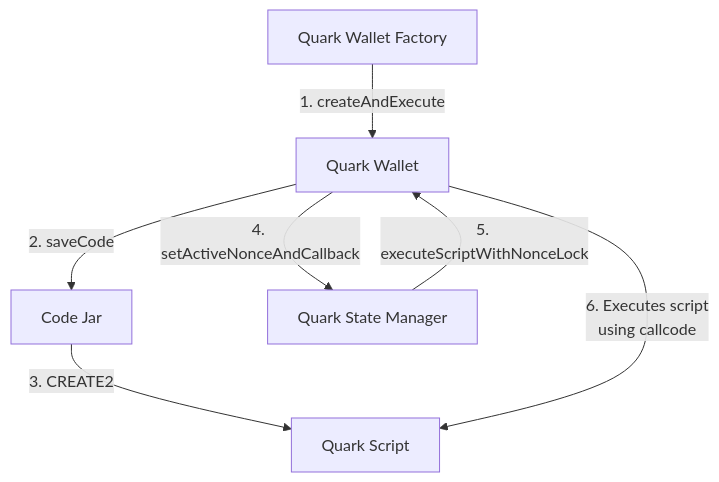
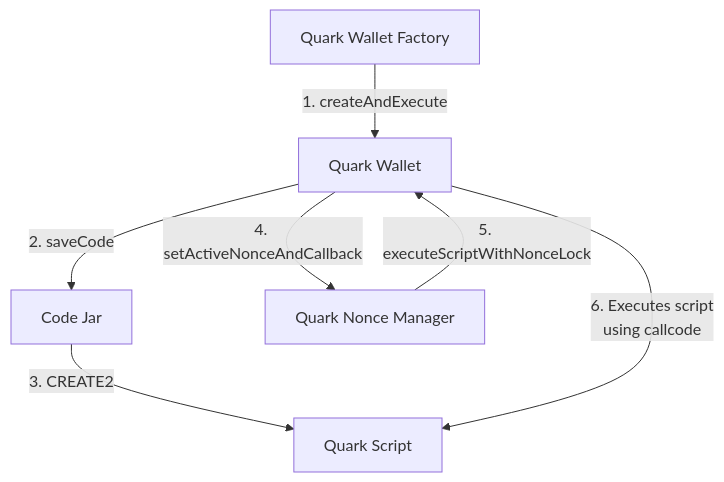
The diagram in README.md (compound-finance/quark), drawn with Mermaid before and after one commit. The commit also changed other lines of this file and 33 other files, not shown here.

First line of the commit message:
Quark Nonce Manager [Renaming]

````diff
--- a/README.md
+++ b/README.md
@@ -41,15 +41,15 @@
 ```mermaid
 flowchart TB
     factory[Quark Wallet Factory]
     wallet[Quark Wallet]
     jar[Code Jar]
     script[Quark Script]
-    state[Quark State Manager]
+    state[Quark Nonce Manager]
 
     factory -- 1. createAndExecute --> wallet
     wallet -- 2. saveCode --> jar
     jar -- 3. CREATE2  --> script
     wallet -- 4. setActiveNonceAndCallback --> state
     state -- 5. executeScriptWithNonceLock --> wallet
     wallet -- 6. Executes script\nusing callcode --> script
 ```
````
